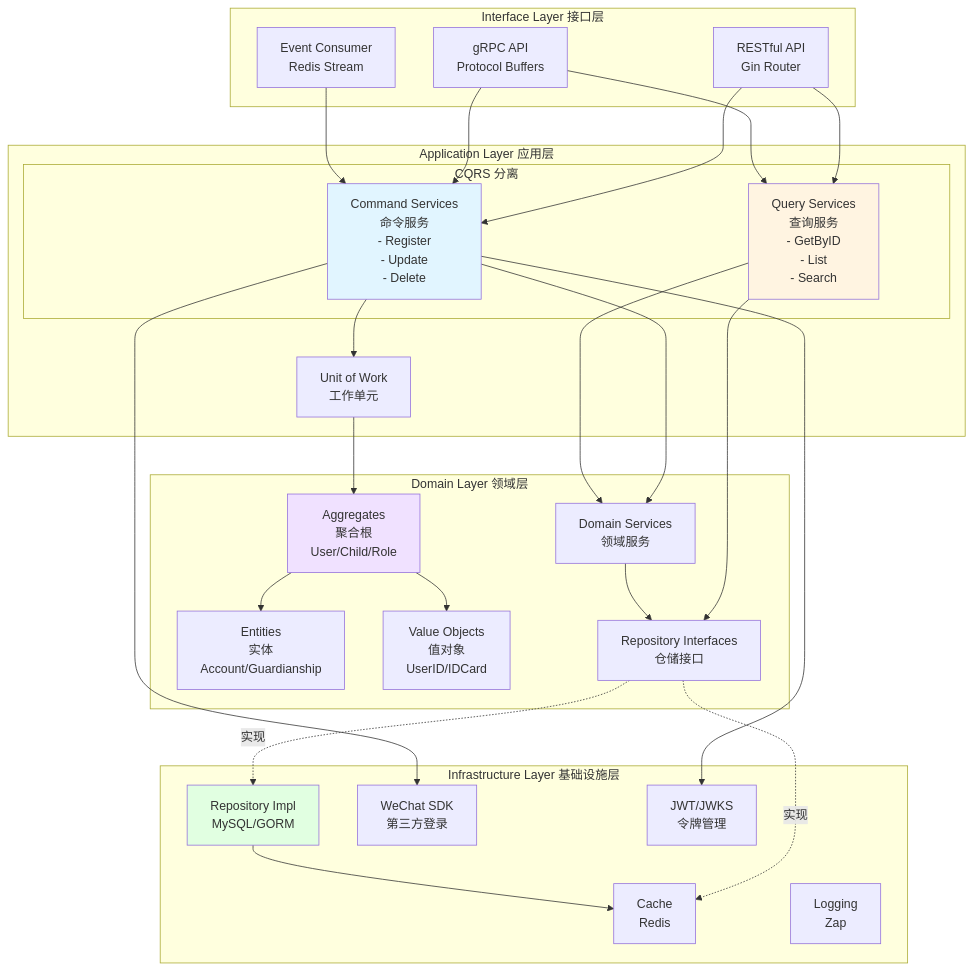
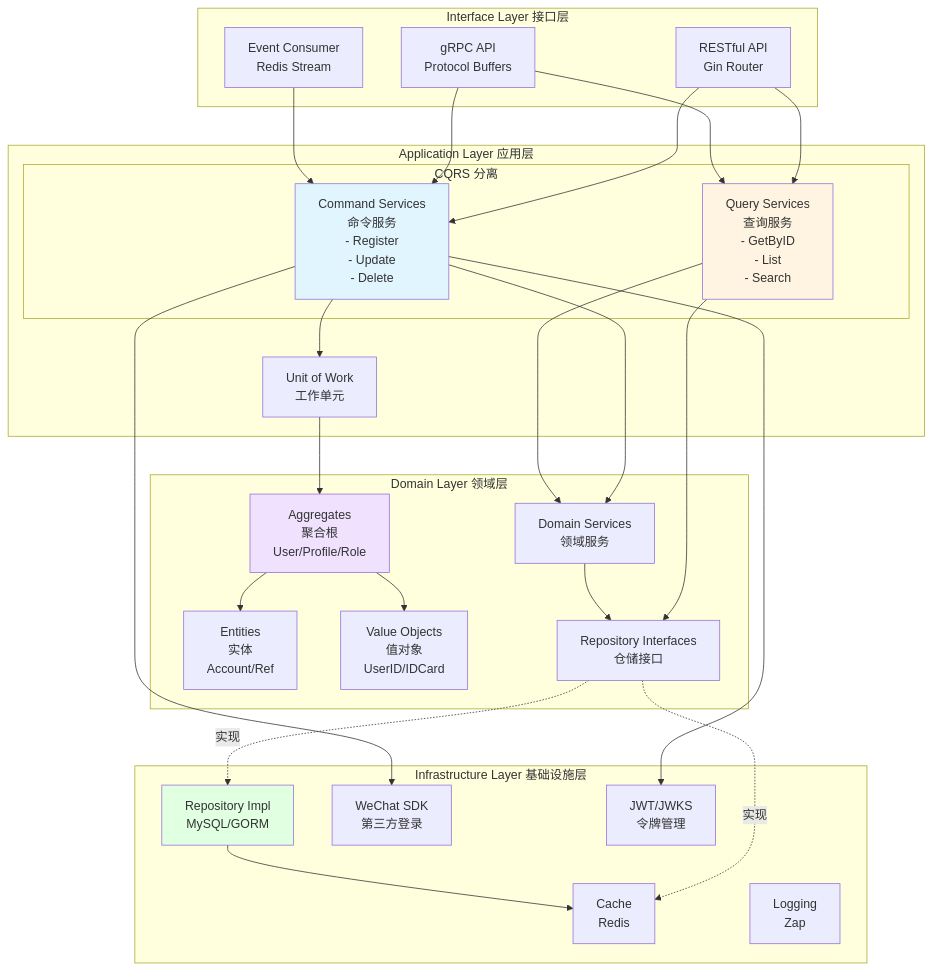
The second of 6 diagrams in README.md (FangcunMount/iam), drawn with Mermaid before and after one commit. The commit also changed other lines of this file and 216 other files, not shown here.

Commit message:
feat UC 模块领域模型更新，使用 User + Profile + ProfileLink 承载核心语义

````diff
--- a/README.md
+++ b/README.md
@@ -193,61 +193,61 @@
 ```mermaid
 graph TB
     subgraph "Interface Layer 接口层"
         REST[RESTful API<br/>Gin Router]
         GRPC[gRPC API<br/>Protocol Buffers]
         EVENT[Event Consumer<br/>Redis Stream]
     end
 
     subgraph "Application Layer 应用层"
         subgraph "CQRS 分离"
             CMD[Command Services<br/>命令服务<br/>- Register<br/>- Update<br/>- Delete]
             QUERY[Query Services<br/>查询服务<br/>- GetByID<br/>- List<br/>- Search]
         end
         UOW[Unit of Work<br/>工作单元]
     end
 
     subgraph "Domain Layer 领域层"
-        AGG[Aggregates<br/>聚合根<br/>User/Child/Role]
-        ENTITY[Entities<br/>实体<br/>Account/Guardianship]
+        AGG[Aggregates<br/>聚合根<br/>User/Profile/Role]
+        ENTITY[Entities<br/>实体<br/>Account/Ref]
         VO[Value Objects<br/>值对象<br/>UserID/IDCard]
         DSVC[Domain Services<br/>领域服务]
         REPO_IF[Repository Interfaces<br/>仓储接口]
     end
 
     subgraph "Infrastructure Layer 基础设施层"
         REPO_IMPL[Repository Impl<br/>MySQL/GORM]
         CACHE[Cache<br/>Redis]
         WECHAT[WeChat SDK<br/>第三方登录]
         JWT[JWT/JWKS<br/>令牌管理]
         LOG[Logging<br/>Zap]
     end
 
     REST --> CMD
     REST --> QUERY
     GRPC --> CMD
     GRPC --> QUERY
     EVENT --> CMD
     
     CMD --> UOW
     QUERY --> REPO_IF
     
     UOW --> AGG
     CMD --> DSVC
     QUERY --> DSVC
     
     AGG --> ENTITY
     AGG --> VO
     DSVC --> REPO_IF
     
     REPO_IF -.实现.-> REPO_IMPL
     REPO_IF -.实现.-> CACHE
     
     REPO_IMPL --> CACHE
     CMD --> WECHAT
     CMD --> JWT
 
     style CMD fill:#e1f5ff
     style QUERY fill:#fff4e1
     style AGG fill:#f0e1ff
     style REPO_IMPL fill:#e1ffe1
 ```
````
